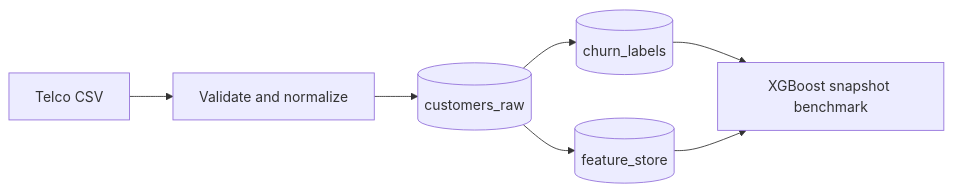
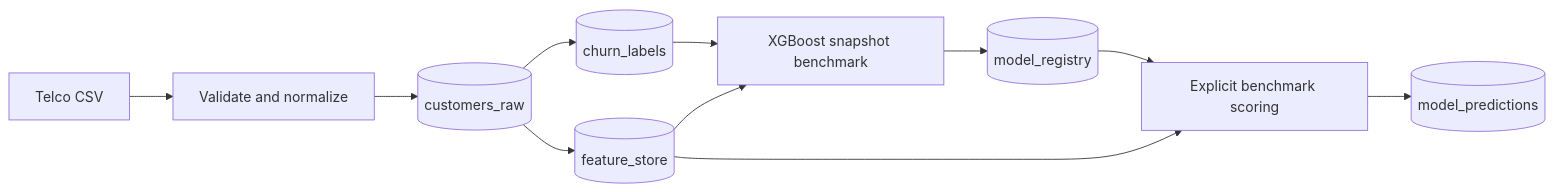
The diagram in README.md (SyedMuhammadUbaidUrRehman22/Customer_Churn_prediction), drawn with Mermaid before and after one commit. The commit also changed other lines of this file and 14 other files, not shown here.

````diff
--- a/README.md
+++ b/README.md
@@ -118,9 +118,13 @@
 ```mermaid
 flowchart LR
     CSV[Telco CSV] --> INGEST[Validate and normalize]
     INGEST --> RAW[(customers_raw)]
     RAW --> LABELS[(churn_labels)]
     RAW --> FEATURES[(feature_store)]
     LABELS --> TRAIN[XGBoost snapshot benchmark]
     FEATURES --> TRAIN
+    TRAIN --> REGISTRY[(model_registry)]
+    REGISTRY --> SCORE[Explicit benchmark scoring]
+    FEATURES --> SCORE
+    SCORE --> PREDICTIONS[(model_predictions)]
 ```
````
